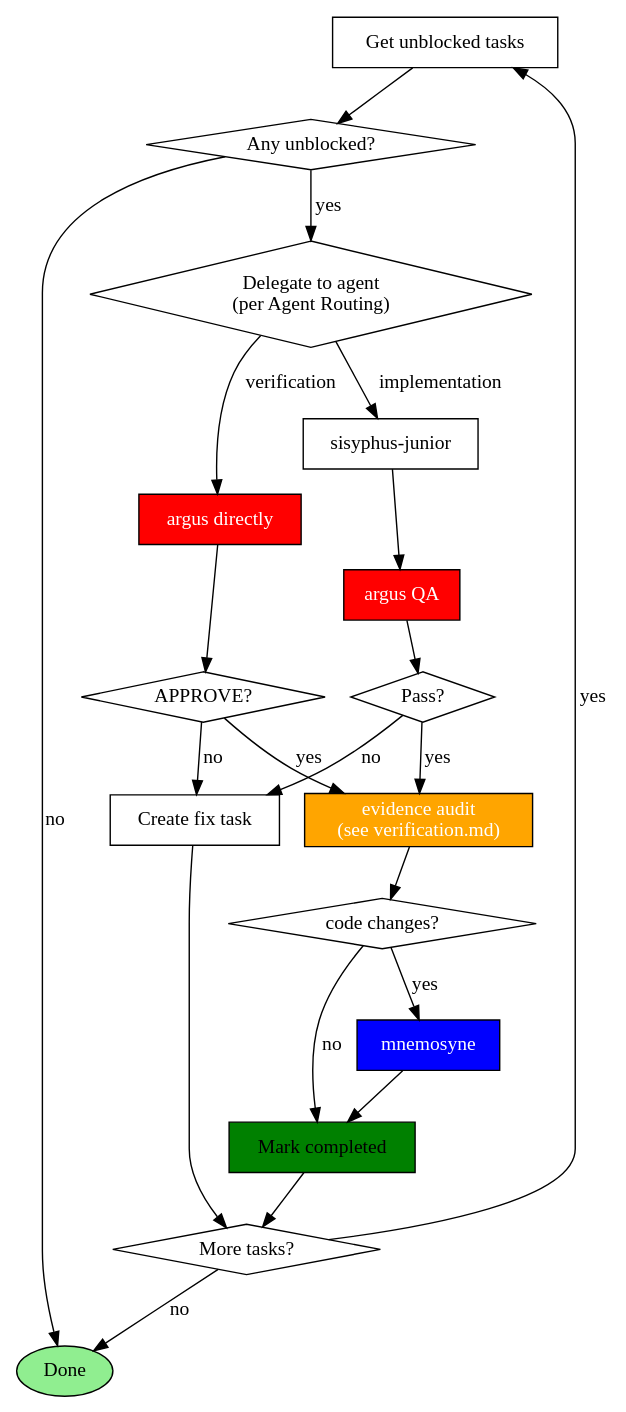
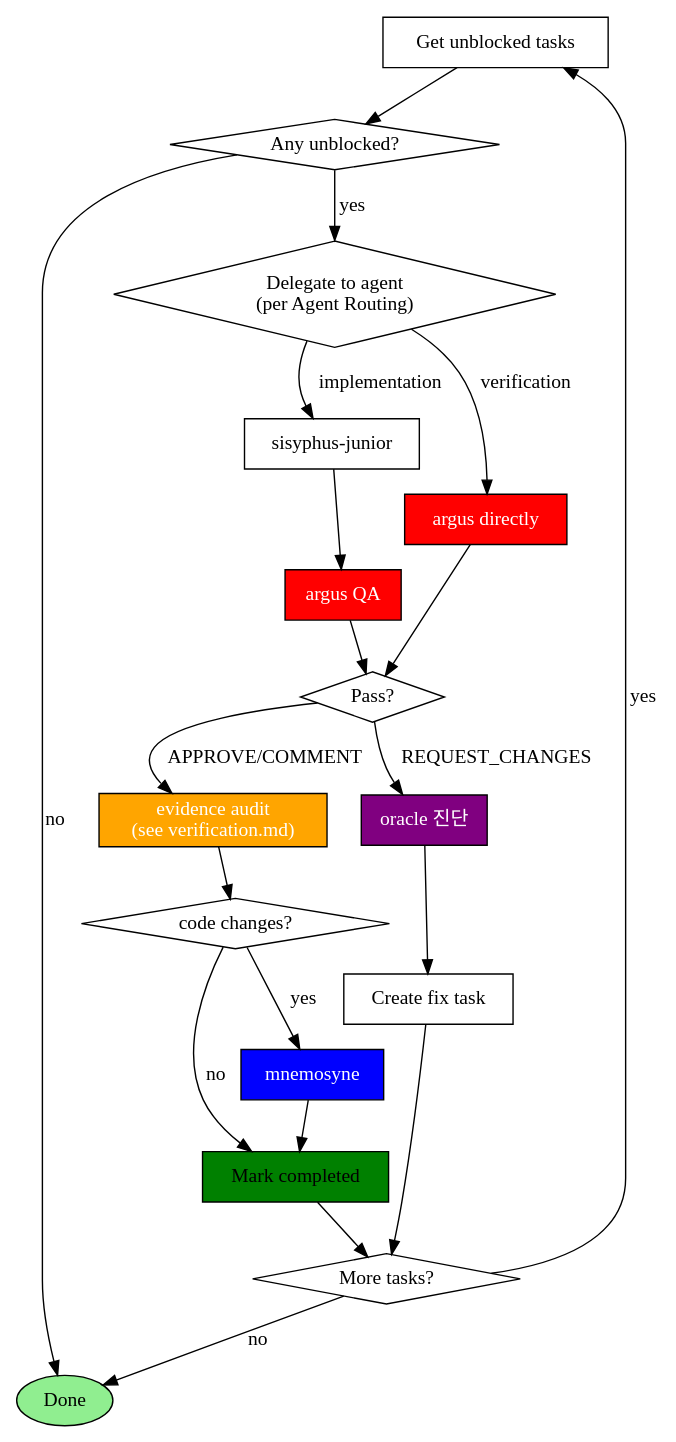
The diagram in skills/sisyphus/SKILL.md (toongri/oh-my-toong-playground), drawn with Graphviz before and after one commit. The commit also changed other lines of this file and 1 other file, not shown here.

Commit message:
refactor(sisyphus): RULE 7 삭제 + oracle 정상 흐름 반영
RULE 7 본문 + Agent Routing의 CRITICAL anomaly 행 삭제.
VRP·diagram·Execution Rules·verification.md에 REQUEST_CHANGES →
oracle 진단 → fix task → junior 흐름 일관 명시. RULE 7의 책임
(3회 실패 escalate)은 oracle circuit breaker(cd2c898)로 이전됨.

````diff
--- a/skills/sisyphus/SKILL.md
+++ b/skills/sisyphus/SKILL.md
@@ -153,41 +151,40 @@
 ```dot
 digraph task_loop {
     rankdir=TB;
     "Get unblocked tasks" [shape=box];
     "Any unblocked?" [shape=diamond];
     "Delegate to agent\n(per Agent Routing)" [shape=diamond];
     "sisyphus-junior" [shape=box];
     "argus directly" [shape=box, style=filled, fillcolor=red, fontcolor=white];
     "argus QA" [shape=box, style=filled, fillcolor=red, fontcolor=white];
     "Pass?" [shape=diamond];
-    "APPROVE?" [shape=diamond];
     "evidence audit\n(see verification.md)" [shape=box, style=filled, fillcolor=orange, fontcolor=white];
     "code changes?" [shape=diamond];
     "mnemosyne" [shape=box, style=filled, fillcolor=blue, fontcolor=white];
     "Mark completed" [shape=box, style=filled, fillcolor=green];
+    "oracle 진단" [shape=box, style=filled, fillcolor=purple, fontcolor=white];
     "Create fix task" [shape=box];
     "More tasks?" [shape=diamond];
     "Done" [shape=ellipse, style=filled, fillcolor=lightgreen];
 
     "Get unblocked tasks" -> "Any unblocked?";
     "Any unblocked?" -> "Delegate to agent\n(per Agent Routing)" [label="yes"];
     "Any unblocked?" -> "Done" [label="no"];
     "Delegate to agent\n(per Agent Routing)" -> "sisyphus-junior" [label="implementation"];
     "Delegate to agent\n(per Agent Routing)" -> "argus directly" [label="verification"];
     "sisyphus-junior" -> "argus QA";
     "argus QA" -> "Pass?";
-    "Pass?" -> "evidence audit\n(see verification.md)" [label="yes"];
-    "Pass?" -> "Create fix task" [label="no"];
+    "Pass?" -> "evidence audit\n(see verification.md)" [label="APPROVE/COMMENT"];
+    "Pass?" -> "oracle 진단" [label="REQUEST_CHANGES"];
     "evidence audit\n(see verification.md)" -> "code changes?";
     "code changes?" -> "mnemosyne" [label="yes"];
     "code changes?" -> "Mark completed" [label="no"];
     "mnemosyne" -> "Mark completed";
-    "argus directly" -> "APPROVE?";
-    "APPROVE?" -> "evidence audit\n(see verification.md)" [label="yes"];
-    "APPROVE?" -> "Create fix task" [label="no"];
+    "argus directly" -> "Pass?";
+    "oracle 진단" -> "Create fix task";
     "Mark completed" -> "More tasks?";
     "Create fix task" -> "More tasks?";
     "More tasks?" -> "Get unblocked tasks" [label="yes"];
     "More tasks?" -> "Done" [label="no"];
 }
 ```
````
